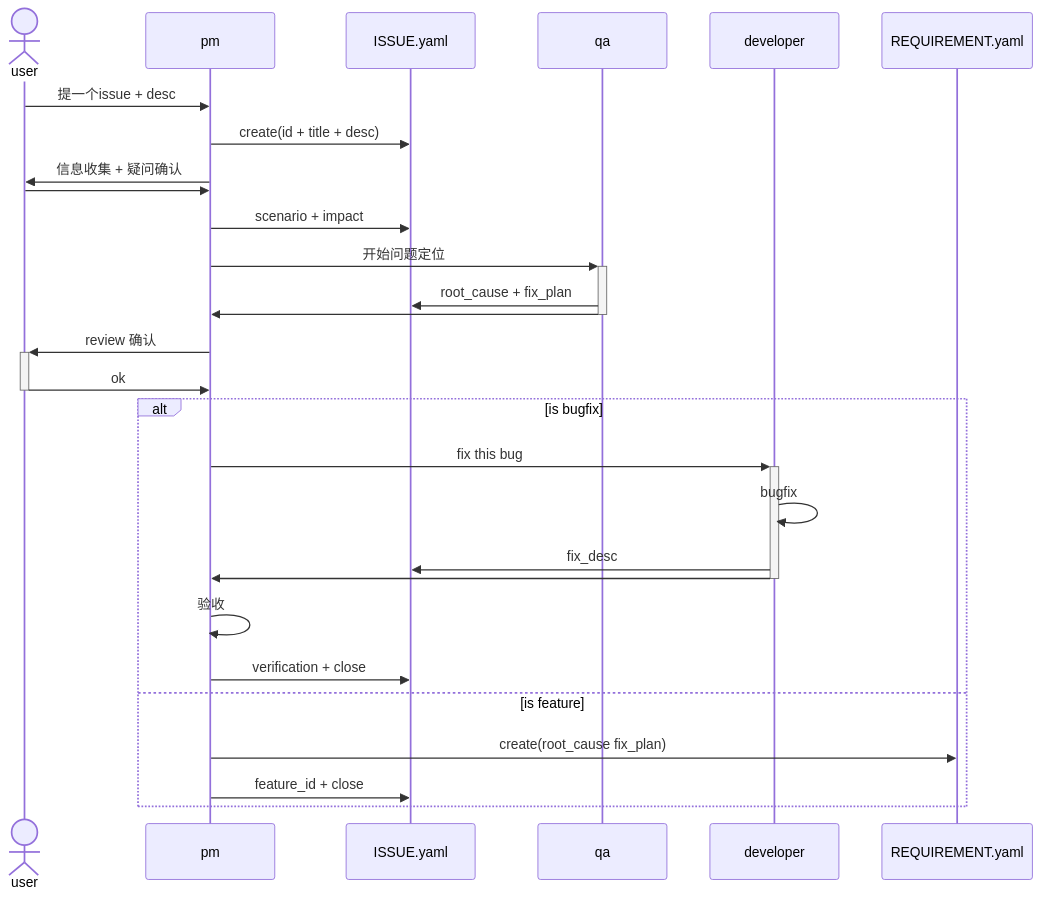
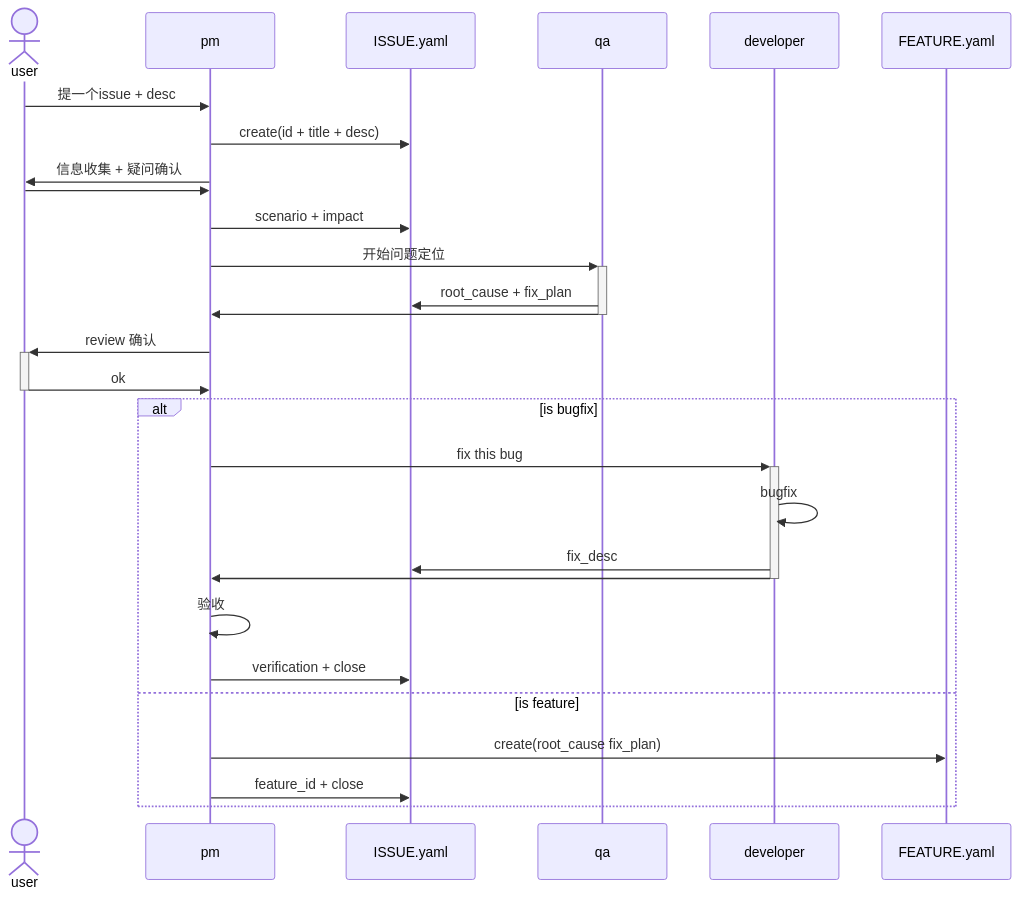
One commit to JoeyAssistant/skill-repo changed the diagram in system-prompt/agent-factory/agent_factory/doc/issue.md. Above: the diagram before and after it, drawn with Mermaid. The commit also changed other lines of this file and 2 other files, not shown here.

First line of the commit message:
refactor(docs): 同步 issue.md 状态机 + 新增 feature.md schema + 清理 placeholder FEATURE.yaml

````diff
--- a/system-prompt/agent-factory/agent_factory/doc/issue.md
+++ b/system-prompt/agent-factory/agent_factory/doc/issue.md
@@ -18,27 +21,27 @@
 ```mermaid
 sequenceDiagram
     actor user
     
     user->>pm: 提一个issue + desc
     pm->>ISSUE.yaml: create(id + title + desc)
     pm->>user: 信息收集 + 疑问确认
     user->>pm: 
     pm->>ISSUE.yaml: scenario + impact
     pm->>+qa: 开始问题定位
     qa->>ISSUE.yaml: root_cause + fix_plan
     qa->>-pm:
     pm->>+user: review 确认
     user->>-pm: ok
     alt is bugfix
     participant dev as developer
         pm->>+dev: fix this bug
         dev->>dev: bugfix
         dev->>ISSUE.yaml: fix_desc
         dev->>-pm:
         pm->>pm: 验收
         pm->>ISSUE.yaml: verification + close
     else is feature
-        pm->>REQUIREMENT.yaml: create(root_cause fix_plan)
+        pm->>FEATURE.yaml: create(root_cause fix_plan)
         pm->>ISSUE.yaml: feature_id + close
     end
 ```
````
